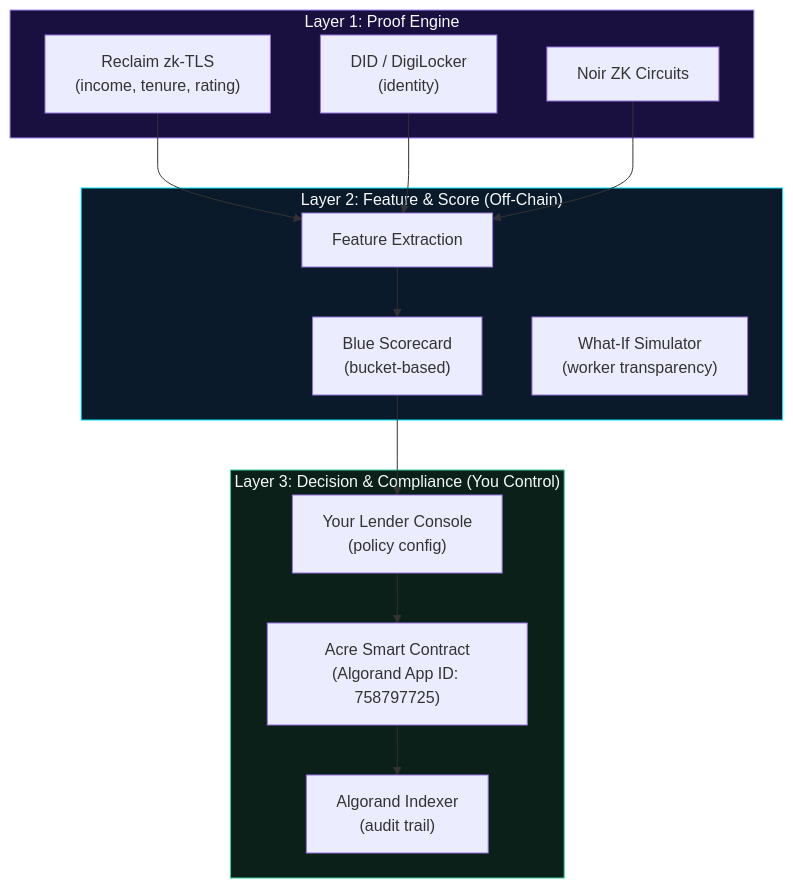
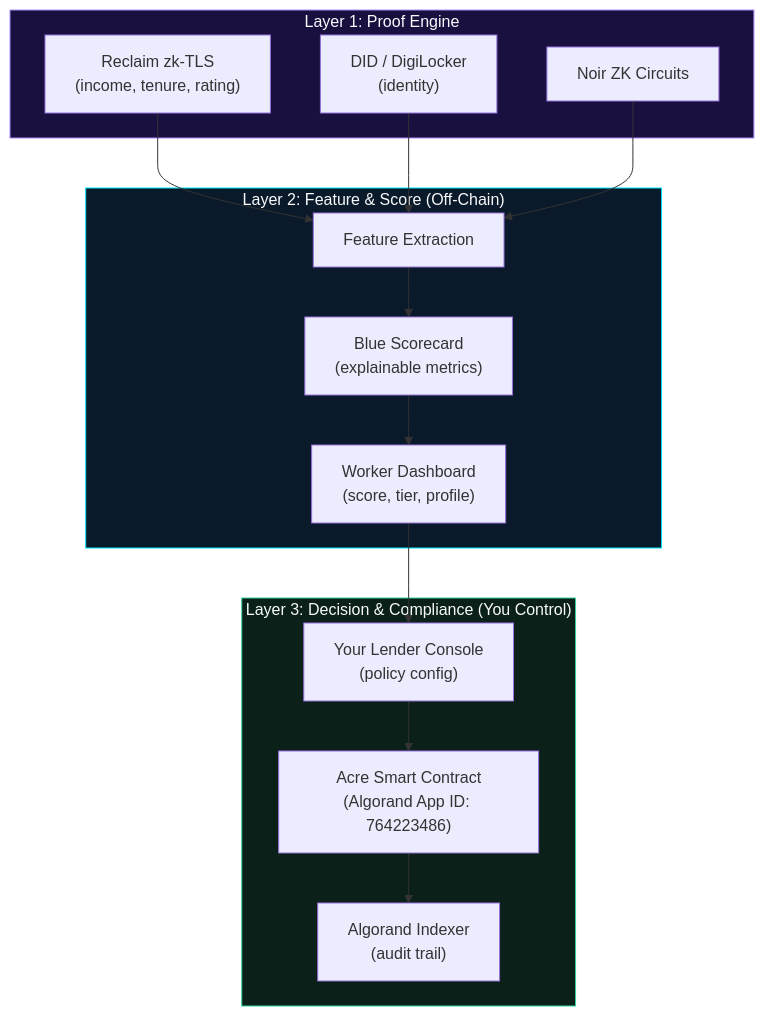
One commit to SomehowLiving/Acre changed the third of 3 diagrams in README.md. Above: the diagram before and after it, drawn with Mermaid. The commit also changed other lines of this file and 17 other files, not shown here.

Commit message:
feat: enhance Acre verification contract and testnet deployment flow

````diff
--- a/README.md
+++ b/README.md
@@ -238,32 +239,33 @@
 ```mermaid
 graph TB
     subgraph LAYER1["Layer 1: Proof Engine"]
         RECLAIM["Reclaim zk-TLS<br/>(income, tenure, rating)"]
         DID["DID / DigiLocker<br/>(identity)"]
         NOIR["Noir ZK Circuits"]
     end
 
     subgraph LAYER2["Layer 2: Feature & Score (Off-Chain)"]
         FEATURES["Feature Extraction"]
-        SCORE["Blue Scorecard<br/>(bucket-based)"]
-        SIMULATOR["What-If Simulator<br/>(worker transparency)"]
+        SCORE["Blue Scorecard<br/>(explainable metrics)"]
+        DASHBOARD["Worker Dashboard<br/>(score, tier, profile)"]
     end
 
     subgraph LAYER3["Layer 3: Decision & Compliance (You Control)"]
         CONSOLE["Your Lender Console<br/>(policy config)"]
-        CONTRACT["Acre Smart Contract<br/>(Algorand App ID: 758797725)"]
+        CONTRACT["Acre Smart Contract<br/>(Algorand App ID: 764223486)"]
         INDEXER["Algorand Indexer<br/>(audit trail)"]
     end
 
     RECLAIM --> FEATURES
     DID --> FEATURES
     NOIR --> FEATURES
     FEATURES --> SCORE
-    SCORE --> CONSOLE
+    SCORE --> DASHBOARD
+    DASHBOARD --> CONSOLE
     CONSOLE --> CONTRACT
     CONTRACT --> INDEXER
 
     style LAYER1 fill:#1a1040,stroke:#a78bfa,color:#f8fafc
     style LAYER2 fill:#0a1a2a,stroke:#00e5ff,color:#f8fafc
     style LAYER3 fill:#0a2018,stroke:#34d399,color:#f8fafc
 ```
````
